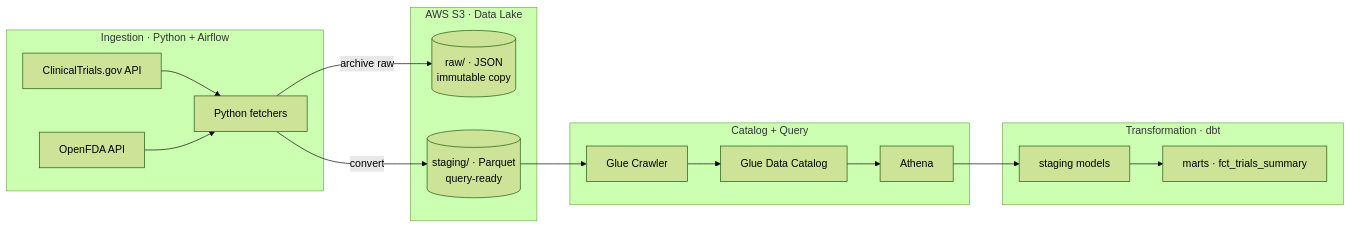
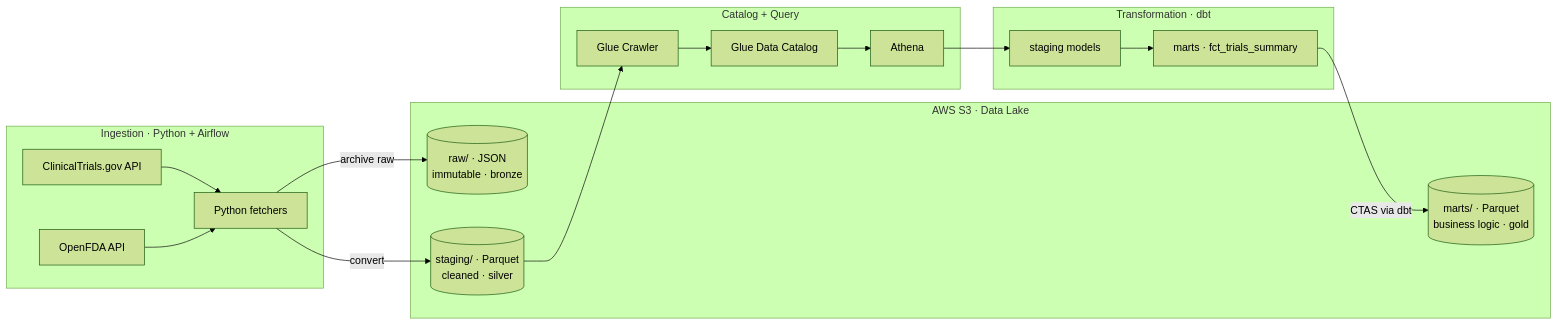
Before and after one commit to omiliauskas/clinical-data-platform: the diagram in README.md, drawn with Mermaid (forest theme). The commit also changed other lines of this file, not shown here.

Commit message:
docs: add gold marts layer to architecture

````diff
--- a/README.md
+++ b/README.md
@@ -11,31 +11,34 @@
 ```mermaid
 flowchart LR
     subgraph Ingestion["Ingestion · Python + Airflow"]
         API1[ClinicalTrials.gov API]
         API2[OpenFDA API]
         FET[Python fetchers]
         API1 --> FET
         API2 --> FET
     end
 
     subgraph Lake["AWS S3 · Data Lake"]
-        RAW[("raw/ · JSON<br/>immutable copy")]
-        STG[("staging/ · Parquet<br/>query-ready")]
+        RAW[("raw/ · JSON<br/>immutable · bronze")]
+        STG[("staging/ · Parquet<br/>cleaned · silver")]
+        MART[("marts/ · Parquet<br/>business logic · gold")]
     end
 
     FET -->|archive raw| RAW
     FET -->|convert| STG
 
     subgraph Query["Catalog + Query"]
         CRAWL[Glue Crawler]
         CAT[Glue Data Catalog]
         ATH[Athena]
         STG --> CRAWL --> CAT --> ATH
     end
 
     subgraph Transform["Transformation · dbt"]
         DSTG[staging models]
-        MART[marts · fct_trials_summary]
-        ATH --> DSTG --> MART
+        DMART[marts · fct_trials_summary]
+        ATH --> DSTG --> DMART
     end
+
+    DMART -->|CTAS via dbt| MART
 ```
````
